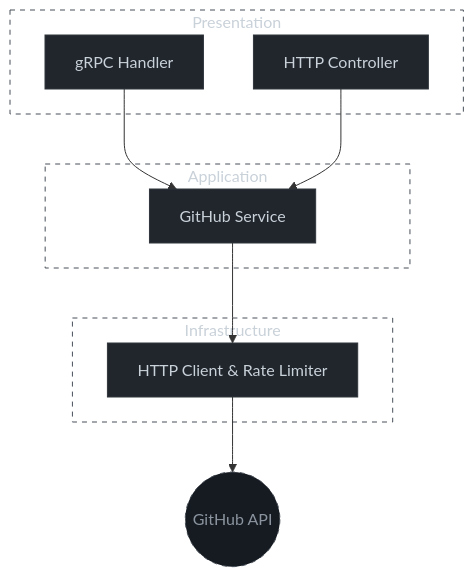
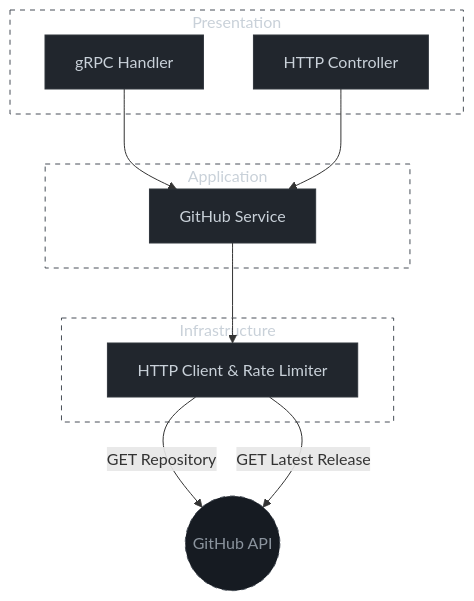
One commit to GenesisEducationKyiv/software-engineering-school-6-0-bdendro changed the fourth of 5 diagrams in docs/architecture.md. Above: the diagram before and after it, drawn with Mermaid. The commit also changed other lines of this file, not shown here.

Commit message:
docs: detail diagrams in architecture.md

````diff
--- a/docs/architecture.md
+++ b/docs/architecture.md
@@ -153,32 +160,33 @@
 ```mermaid
 graph TD
     subgraph Presentation["Presentation"]
         gRPC[gRPC Handler]
         HTTP[HTTP Controller]
     end
 
     subgraph Application["Application"]
         Service[GitHub Service]
     end
 
     subgraph Infrastructure["Infrastructure"]
         Client[HTTP Client & Rate Limiter]
     end
 
     ExtAPI((GitHub API))
 
     gRPC --> Service
     HTTP --> Service
     Service --> Client
-    Client --> ExtAPI
+    Client -->|GET Repository| ExtAPI
+    Client -->|GET Latest Release| ExtAPI
 
     classDef component fill:#21262d,stroke:#30363d,stroke-width:1px,color:#c9d1d9;
     classDef external fill:#161b22,stroke:#484f58,stroke-width:1px,stroke-dasharray: 5 5,color:#8b949e;
 
     class gRPC,HTTP,Service,Client component;
     class ExtAPI external;
 
     style Presentation fill:transparent,stroke:#484f58,stroke-width:1px,color:#c9d1d9,stroke-dasharray: 5 5
     style Application fill:transparent,stroke:#484f58,stroke-width:1px,color:#c9d1d9,stroke-dasharray: 5 5
     style Infrastructure fill:transparent,stroke:#484f58,stroke-width:1px,color:#c9d1d9,stroke-dasharray: 5 5
 ```
````
